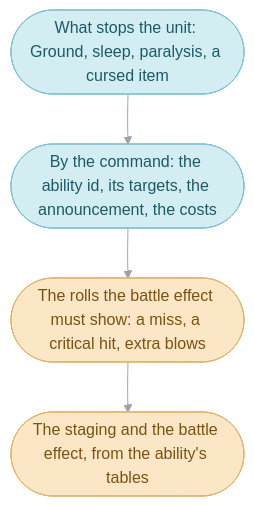
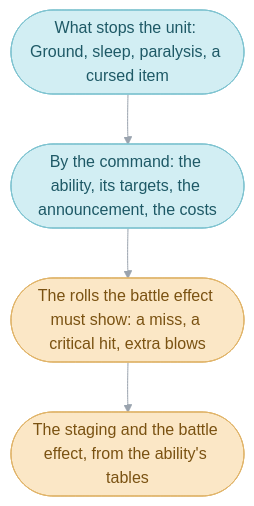
The third of 7 diagrams in games/tbs/src/battle/README.md (PascalPixel/alchemy), drawn with Mermaid before and after one commit. The commit also changed other lines of this file and 21 other files, not shown here.

````diff
--- a/games/tbs/src/battle/README.md
+++ b/games/tbs/src/battle/README.md
@@ -378,11 +297,11 @@
 ```mermaid
 %%{init: {"theme": "base", "themeVariables": {"lineColor": "#9AA3AE", "edgeLabelBackground": "#FFFFFF"}, "flowchart": {"curve": "basis", "padding": 12}}}%%
 flowchart TD
-  stop(["What stops the unit: Ground, sleep, paralysis, a cursed item"]) --> command(["By the command: the ability id, its targets, the announcement, the costs"])
+  stop(["What stops the unit: Ground, sleep, paralysis, a cursed item"]) --> command(["By the command: the ability, its targets, the announcement, the costs"])
   command --> rolls(["The rolls the battle effect must show: a miss, a critical hit, extra blows"])
   rolls --> staging(["The staging and the battle effect, from the ability's tables"])
   classDef turn fill:#D2EEF3,stroke:#7FC3D0,color:#1E5966
   classDef frame fill:#FBE7C6,stroke:#E0B46A,color:#7A5212
   class stop,command turn
   class rolls,staging frame
 ```
````
